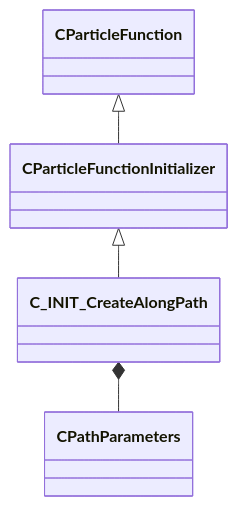
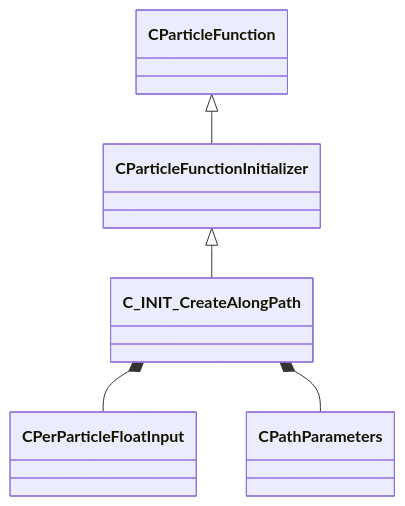
The diagram in docs/generated/schemas/particles/C_INIT_CreateAlongPath.md (CS2OpenDev/CS2OpenDev-Docs), drawn with Mermaid before and after one commit. The commit also changed other lines of this file and 4654 other files, not shown here.

Commit message:
docs: regenerate for SchemaTracker build 25947352 [skip ci]

````diff
--- a/docs/generated/schemas/particles/C_INIT_CreateAlongPath.md
+++ b/docs/generated/schemas/particles/C_INIT_CreateAlongPath.md
@@ -19,6 +21,7 @@
 ```mermaid
 classDiagram
     CParticleFunctionInitializer <|-- C_INIT_CreateAlongPath
     CParticleFunction <|-- CParticleFunctionInitializer
+    C_INIT_CreateAlongPath *-- CPerParticleFloatInput
     C_INIT_CreateAlongPath *-- CPathParameters
 ```
````
